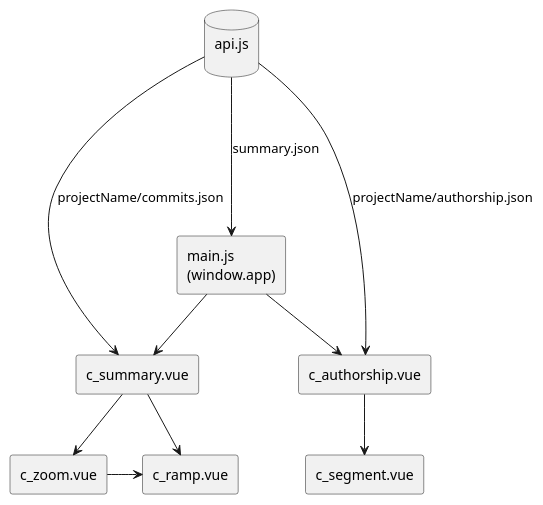
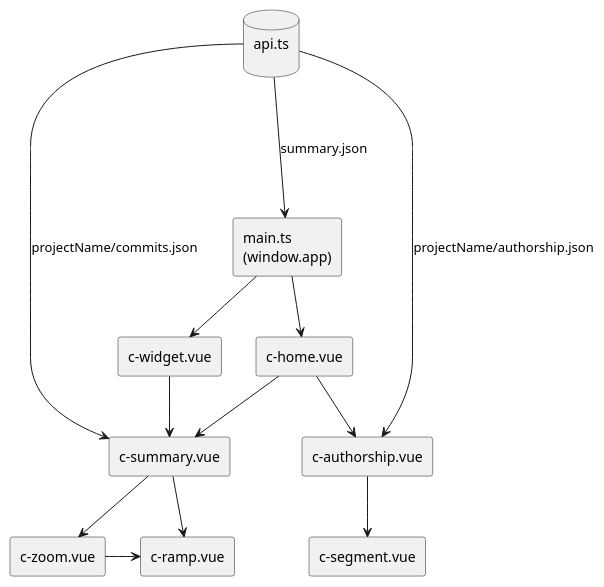
Before and after one commit to reposense/RepoSense: the diagram in docs/diagrams/ReportArchitecture.puml, drawn with PlantUML. The commit also changed 5 other files, not shown here.

```diff
--- a/docs/diagrams/ReportArchitecture.puml
+++ b/docs/diagrams/ReportArchitecture.puml
@@ -1,25 +1,30 @@
 @startuml
 hide footbox
 skinparam monochrome true
 skinparam Shadowing false
 
-rectangle "main.js\n(window.app)" as main
-rectangle "c_zoom.vue" as c_zoom
-rectangle "c_ramp.vue" as c_ramp
-rectangle "c_summary.vue" as c_summary
-rectangle "c_authorship.vue" as c_authorship
-rectangle "c_segment.vue" as c_segment
-database "api.js\n" as api
+rectangle "main.ts\n(window.app)" as main
+rectangle "c-zoom.vue" as c_zoom
+rectangle "c-ramp.vue" as c_ramp
+rectangle "c-summary.vue" as c_summary
+rectangle "c-authorship.vue" as c_authorship
+rectangle "c-segment.vue" as c_segment
+rectangle "c-home.vue" as c_home
+rectangle "c-widget.vue" as c_widget
+database "api.ts\n" as api
 
-main -down-> c_summary
+main -down-> c_home
+main -down-> c_widget
+c_home -down-> c_summary
+c_widget -down-> c_summary
 c_summary -down-> c_zoom
 c_summary -> c_ramp
 c_zoom -> c_ramp
 
-main -down-> c_authorship
+c_home -down-> c_authorship
 c_authorship -down-> c_segment
 
 api -down--> main : summary.json
 api -down-> c_summary : projectName/commits.json
 api -down-> c_authorship : projectName/authorship.json
 @enduml
```
